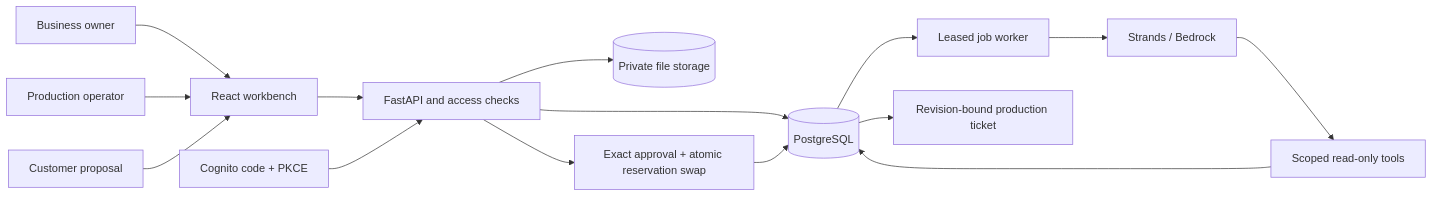
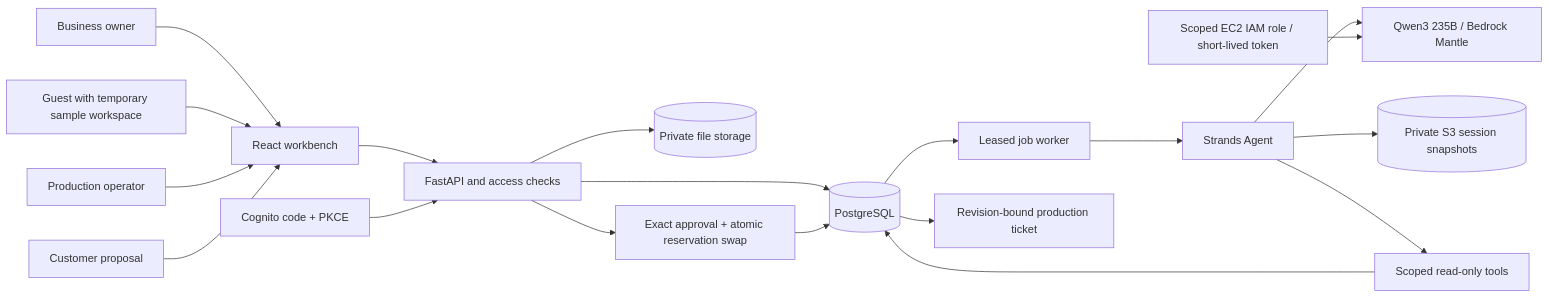
One commit to sudo-anshul/ordertowork changed the diagram in docs/architecture.md. Above: the diagram before and after it, drawn with Mermaid. The commit also changed other lines of this file and 6 other files, not shown here.

````diff
--- a/docs/architecture.md
+++ b/docs/architecture.md
@@ -3,17 +3,21 @@
 ```mermaid
 flowchart LR
   Owner[Business owner] --> UI[React workbench]
+  Judge[Guest with temporary sample workspace] --> UI
   Operator[Production operator] --> UI
   Customer[Customer proposal] --> UI
   UI --> API[FastAPI and access checks]
   Cognito[Cognito code + PKCE] --> API
   API --> DB[(PostgreSQL)]
   API --> Files[(Private file storage)]
   DB --> Worker[Leased job worker]
-  Worker --> Agent[Strands / Bedrock]
+  Worker --> Agent[Strands Agent]
+  Agent --> Model[Qwen3 235B / Bedrock Mantle]
+  Role[Scoped EC2 IAM role / short-lived token] --> Model
+  Agent --> Sessions[(Private S3 session snapshots)]
   Agent --> Tools[Scoped read-only tools]
   Tools --> DB
   API --> Commit[Exact approval + atomic reservation swap]
   Commit --> DB
   DB --> Ticket[Revision-bound production ticket]
 ```
````
